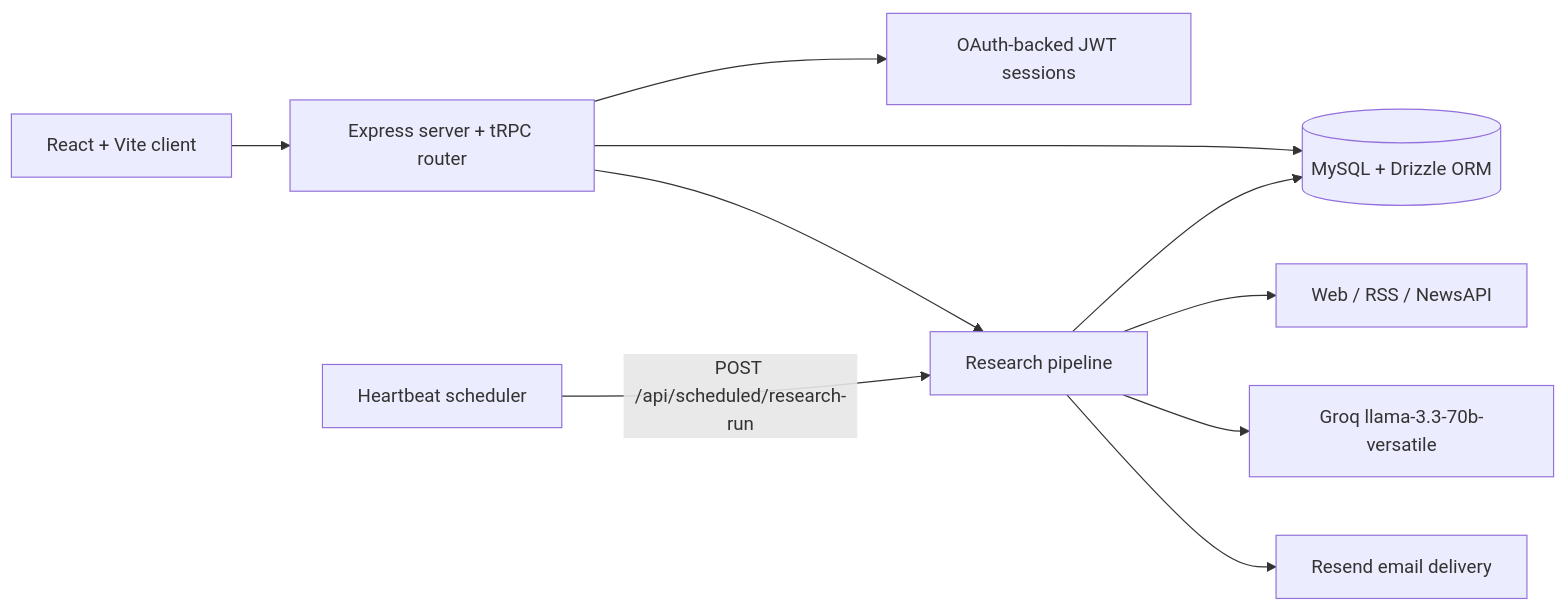
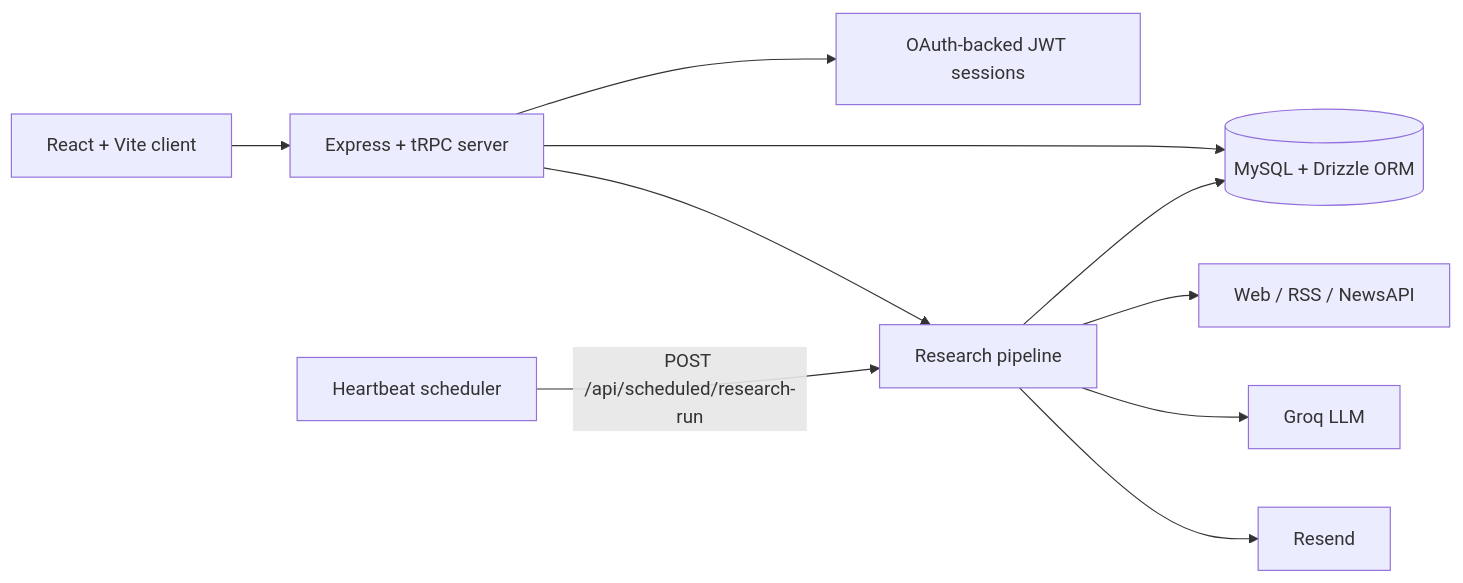
One commit to vincenzo-afk/Intelis-Agent changed the diagram in README.md. Above: the diagram before and after it, drawn with Mermaid. The commit also changed other lines of this file and 1 other file, not shown here.

````diff
--- a/README.md
+++ b/README.md
@@ -56,22 +52,22 @@
 ```mermaid
 flowchart LR
   UI[React + Vite client]
-  API[Express server + tRPC router]
+  API[Express + tRPC server]
   AUTH[OAuth-backed JWT sessions]
-  AGENT[Research pipeline]
-  SOURCES[Web / RSS / NewsAPI]
-  LLM[Groq llama-3.3-70b-versatile]
+  PIPE[Research pipeline]
+  SRC[Web / RSS / NewsAPI]
+  LLM[Groq LLM]
   DB[(MySQL + Drizzle ORM)]
-  MAIL[Resend email delivery]
-  SCHED[Heartbeat scheduler]
+  EMAIL[Resend]
+  CRON[Heartbeat scheduler]
 
   UI --> API
   API --> AUTH
   API --> DB
-  API --> AGENT
-  SCHED -->|POST /api/scheduled/research-run| AGENT
-  AGENT --> SOURCES
-  AGENT --> LLM
-  AGENT --> DB
-  AGENT --> MAIL
+  API --> PIPE
+  CRON -->|POST /api/scheduled/research-run| PIPE
+  PIPE --> SRC
+  PIPE --> LLM
+  PIPE --> DB
+  PIPE --> EMAIL
 ```
````
